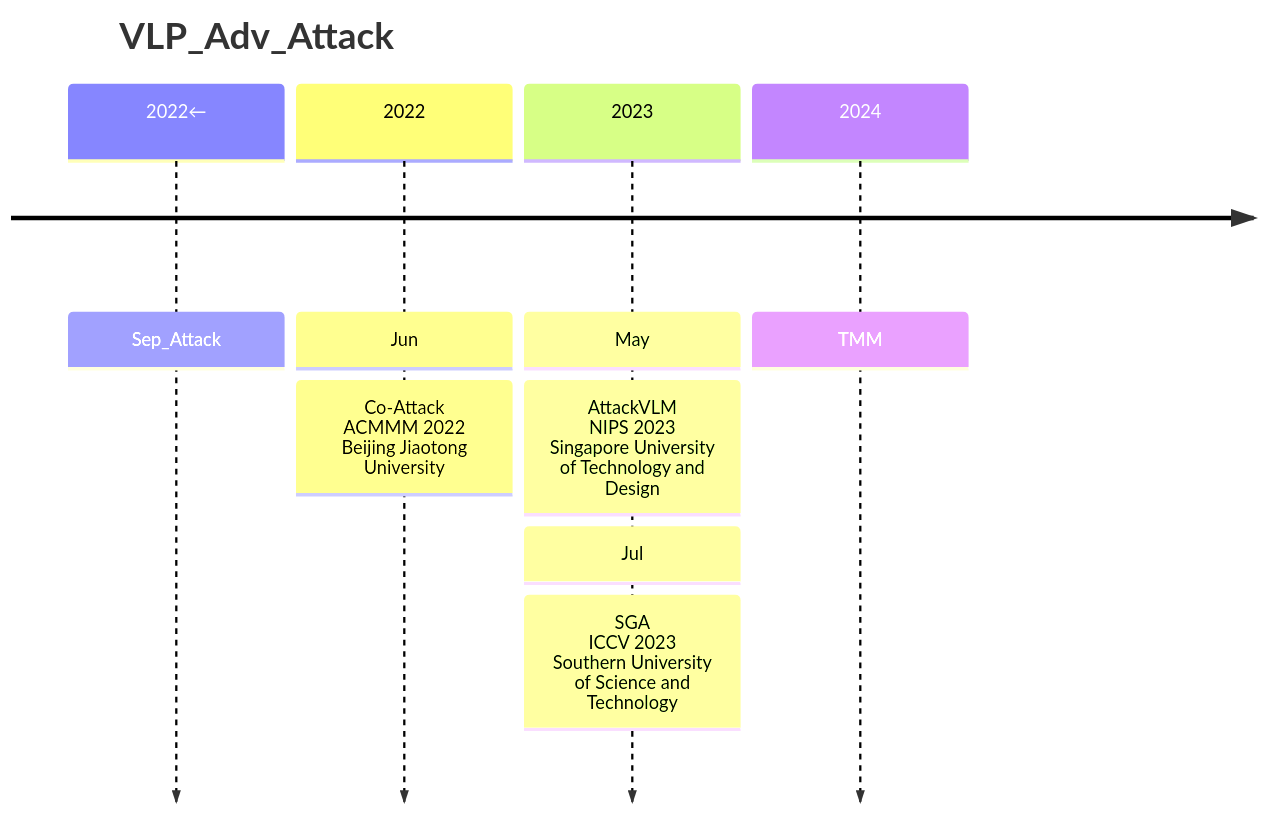
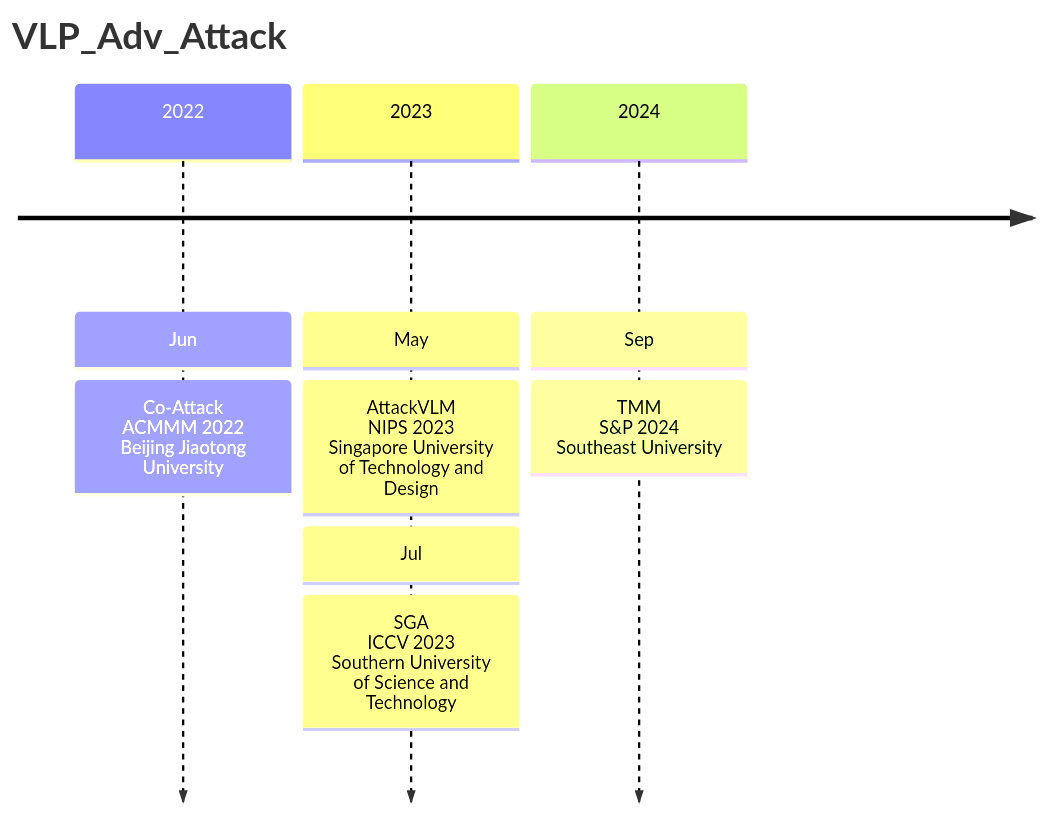
Before and after one commit to Elephant-King9/Paper: the first of 6 diagrams in Attack/Adversarial_Attack/VLP/analyse.md, drawn with Mermaid. The commit also changed other lines of this file and 3 other files, not shown here.

````diff
--- a/Attack/Adversarial_Attack/VLP/analyse.md
+++ b/Attack/Adversarial_Attack/VLP/analyse.md
@@ -3,12 +3,12 @@
 ```mermaid
 timeline
     title VLP_Adv_Attack
-    2022← : Sep_Attack
     2022 : Jun
     		 : Co-Attack<br>ACMMM 2022<br>Beijing Jiaotong University
     2023 : May
     		 : AttackVLM<br>NIPS 2023<br>Singapore University of Technology and Design
     		 : Jul
     		 : SGA<br>ICCV 2023<br>Southern University of Science and Technology
-    2024 : TMM
+    2024 : Sep
+    		 : TMM<br>S&P 2024<br>Southeast University
 ```
````
